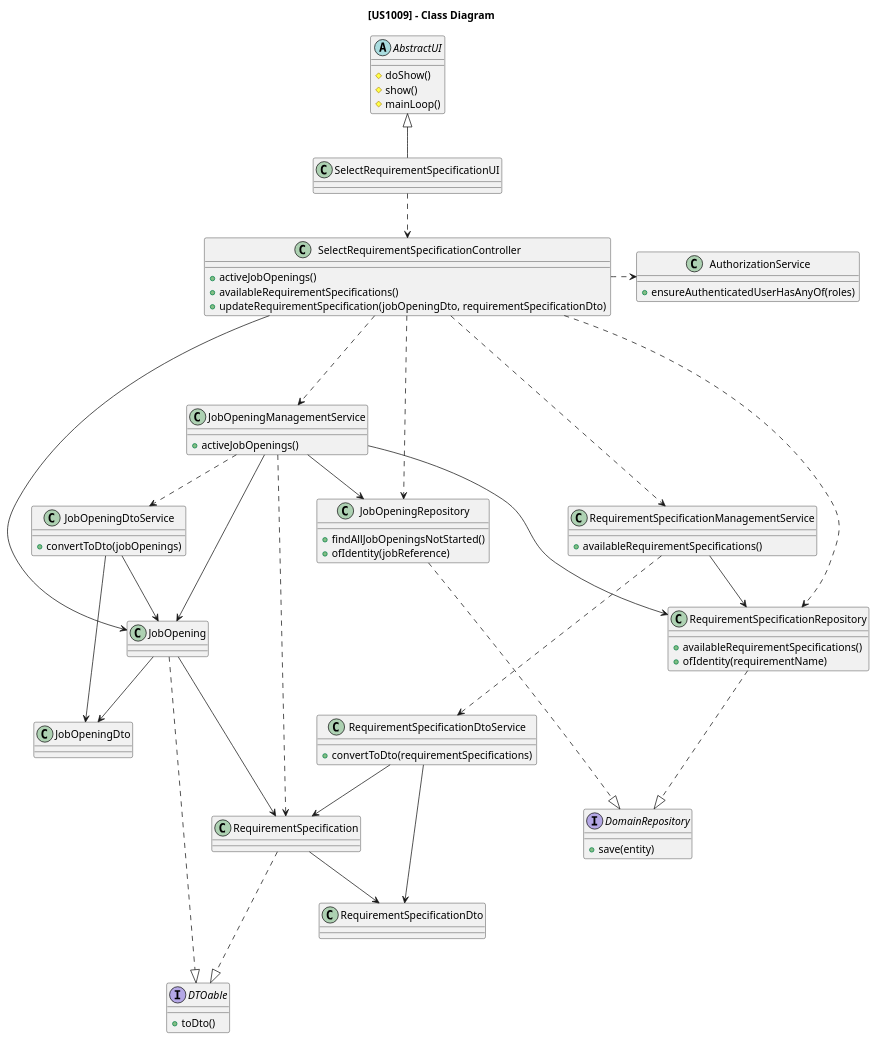
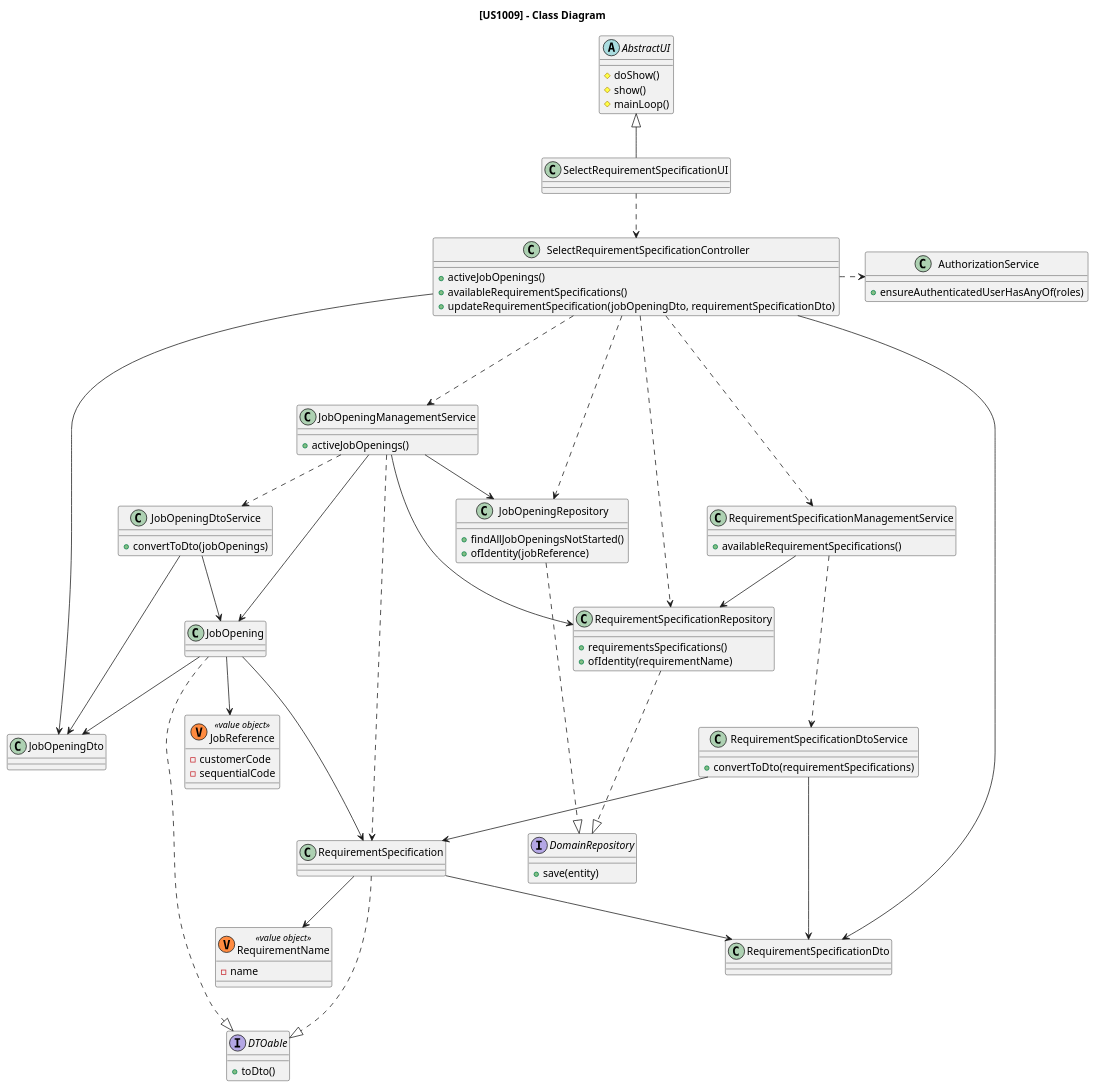
One commit to rita-barbosa/LAPR4-2324 changed the diagram in docs/sb_us_1009/class-diagram.puml. Above: the diagram before and after it, drawn with PlantUML. The commit also changed 3 other files, not shown here.

```diff
--- a/docs/sb_us_1009/class-diagram.puml
+++ b/docs/sb_us_1009/class-diagram.puml
@@ -1,89 +1,98 @@
 @startuml
 
 title [US1009] - Class Diagram
 
 abstract class AbstractUI {
     # doShow()
     # show()
     # mainLoop()
 }
 
 class AuthorizationService {
     +  ensureAuthenticatedUserHasAnyOf(roles)
 }
 
 class JobOpeningManagementService {
 + activeJobOpenings()
 }
 class JobOpeningDtoService {
 + convertToDto(jobOpenings)
 }
 
 class RequirementSpecificationManagementService {
 + availableRequirementSpecifications()
 }
 class RequirementSpecificationDtoService {
 + convertToDto(requirementSpecifications)
 }
 
 class SelectRequirementSpecificationUI {}
 
 class SelectRequirementSpecificationController{
 + activeJobOpenings()
 + availableRequirementSpecifications()
 + updateRequirementSpecification(jobOpeningDto, requirementSpecificationDto)
 }
 
 class JobOpeningRepository{
 + findAllJobOpeningsNotStarted()
 + ofIdentity(jobReference)
 }
 class RequirementSpecificationRepository{
-+ availableRequirementSpecifications()
++ requirementsSpecifications()
 + ofIdentity(requirementName)
 }
 interface DomainRepository{
 + save(entity)
 }
 class JobOpening{
 }
 class RequirementSpecification{
 }
 interface DTOable {
 + toDto()
 }
-
+class RequirementName <<(V,#FF8B40) value object>> {
+- name
+}
+class JobReference <<(V,#FF8B40) value object>> {
+- customerCode
+- sequentialCode
+}
 
 AbstractUI <|-- SelectRequirementSpecificationUI
 SelectRequirementSpecificationUI .-> SelectRequirementSpecificationController
 
 SelectRequirementSpecificationController .> AuthorizationService
 SelectRequirementSpecificationController .--> JobOpeningManagementService
 SelectRequirementSpecificationController .--> RequirementSpecificationManagementService
 SelectRequirementSpecificationController .--> JobOpeningRepository
 SelectRequirementSpecificationController .--> RequirementSpecificationRepository
-SelectRequirementSpecificationController --> JobOpening
+SelectRequirementSpecificationController --> JobOpeningDto
+SelectRequirementSpecificationController --> RequirementSpecificationDto
 
 JobOpeningManagementService --> JobOpeningRepository
 JobOpeningManagementService .-> JobOpeningDtoService
 JobOpeningDtoService --> JobOpening
 JobOpeningManagementService --> JobOpening
 JobOpeningManagementService .-> RequirementSpecification
 JobOpeningManagementService ---> RequirementSpecificationRepository
 JobOpeningDtoService --> JobOpeningDto
 
 RequirementSpecificationManagementService --> RequirementSpecificationRepository
 RequirementSpecificationManagementService .--> RequirementSpecificationDtoService
 RequirementSpecificationDtoService --> RequirementSpecification
 RequirementSpecificationDtoService --> RequirementSpecificationDto
 
 JobOpeningRepository .--|> DomainRepository
 RequirementSpecificationRepository .--|> DomainRepository
 
 JobOpening .--|> DTOable
 RequirementSpecification .--|> DTOable
 JobOpening --> JobOpeningDto
 RequirementSpecification --> RequirementSpecificationDto
 JobOpening ---> RequirementSpecification
+RequirementSpecification --> RequirementName
+JobOpening --> JobReference
 
 @enduml
```
